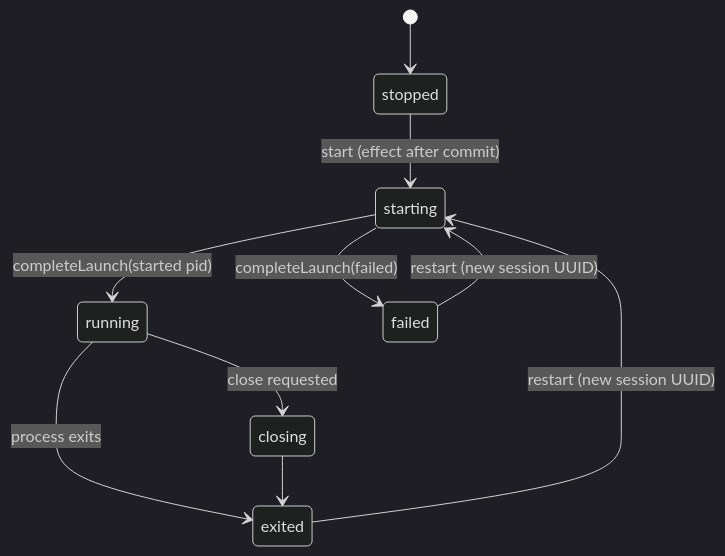
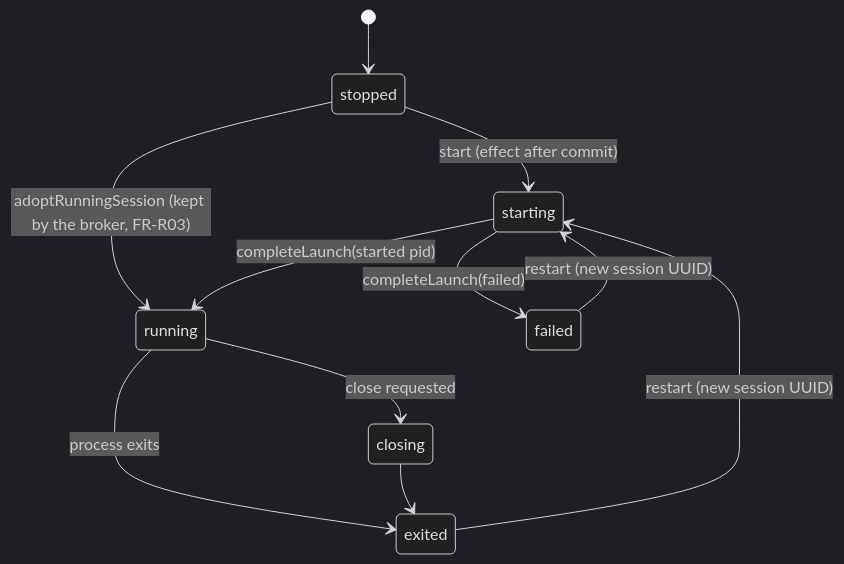
One commit to bearstouch/trellis changed the diagram in docs/architecture/sessions.md. Above: the diagram before and after it, drawn with Mermaid (dark theme). The commit also changed other lines of this file and 145 other files, not shown here.

````diff
--- a/docs/architecture/sessions.md
+++ b/docs/architecture/sessions.md
@@ -5,12 +5,13 @@
 ```mermaid
 stateDiagram-v2
     [*] --> stopped
     stopped --> starting : start (effect after commit)
+    stopped --> running : adoptRunningSession (kept by the broker, FR-R03)
     starting --> running : completeLaunch(started pid)
     starting --> failed : completeLaunch(failed)
     running --> exited : process exits
     running --> closing : close requested
     closing --> exited
     exited --> starting : restart (new session UUID)
     failed --> starting : restart (new session UUID)
 ```
````
